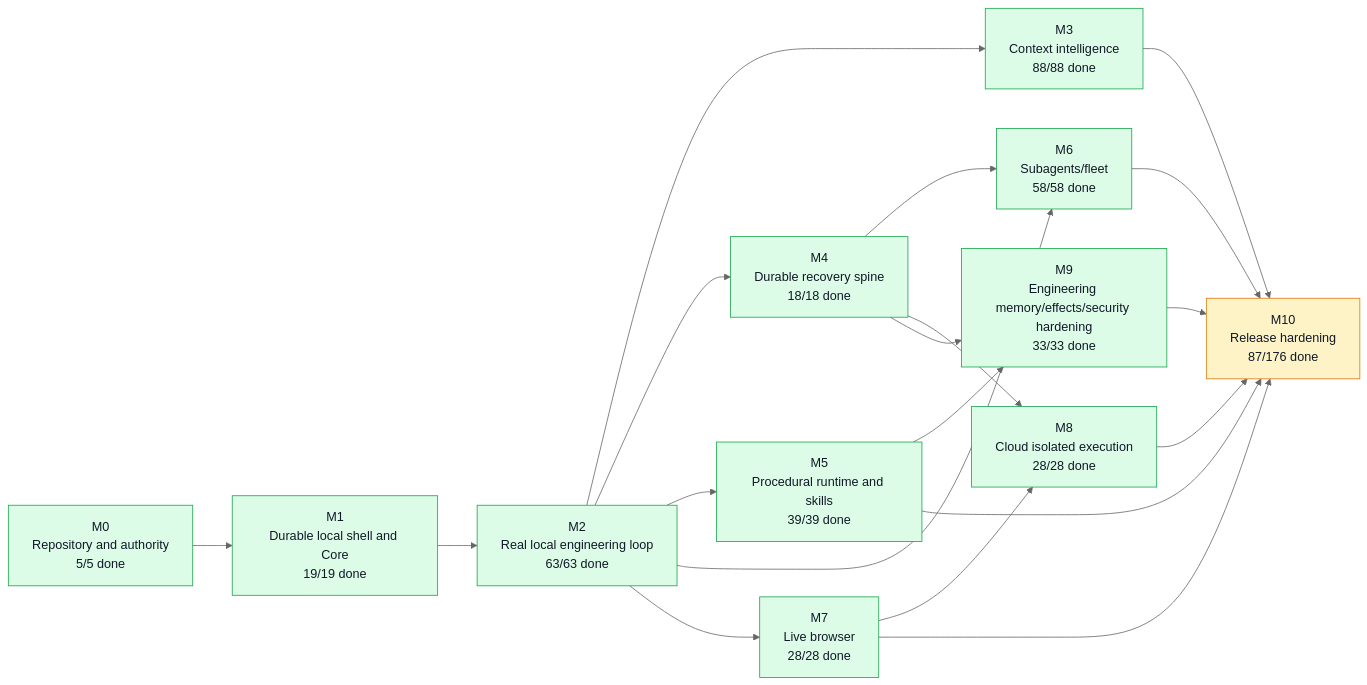
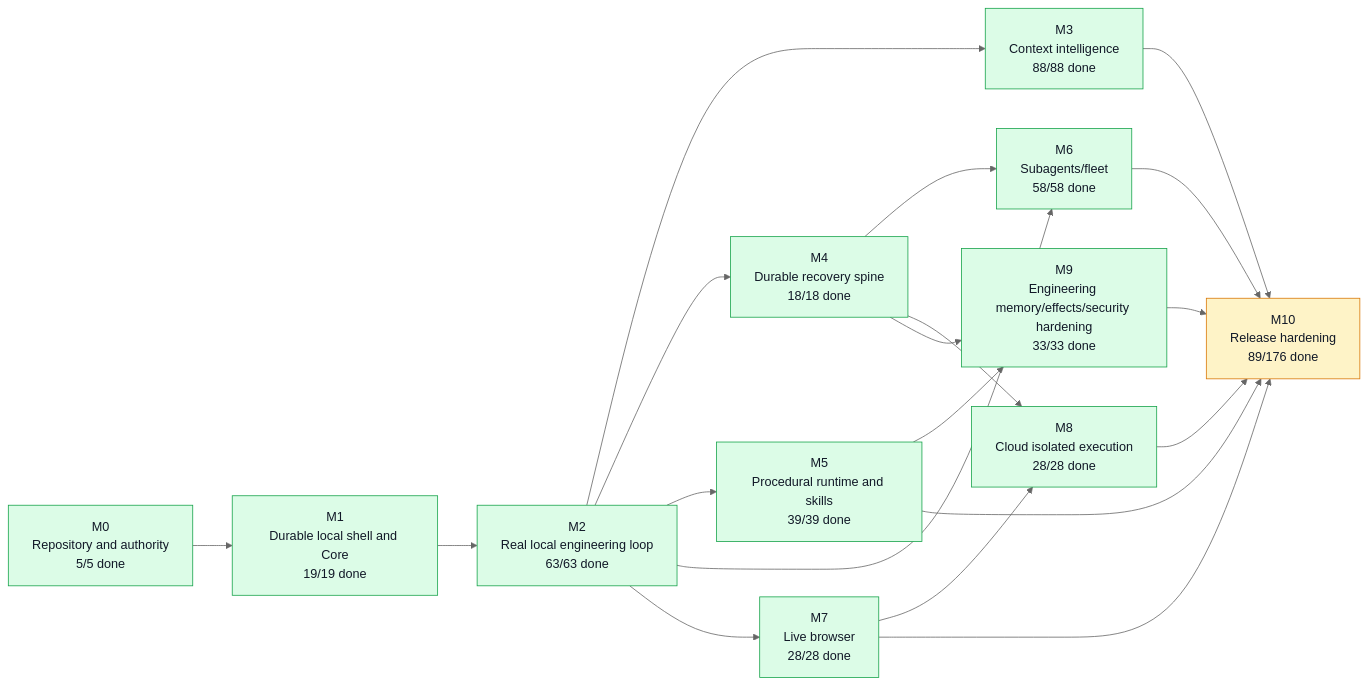
The first of 5 diagrams in graph/PROJECT_GRAPH.md (moss101/modbit), drawn with Mermaid (neutral theme) before and after one commit. The commit also changed other lines of this file and 7 other files, not shown here.

````diff
--- a/graph/PROJECT_GRAPH.md
+++ b/graph/PROJECT_GRAPH.md
@@ -57,43 +57,43 @@
 ```mermaid
 flowchart LR
   M0["M0<br/>Repository and authority<br/>5/5 done"]
   M1["M1<br/>Durable local shell and Core<br/>19/19 done"]
   M2["M2<br/>Real local engineering loop<br/>63/63 done"]
   M3["M3<br/>Context intelligence<br/>88/88 done"]
   M4["M4<br/>Durable recovery spine<br/>18/18 done"]
   M5["M5<br/>Procedural runtime and skills<br/>39/39 done"]
   M6["M6<br/>Subagents/fleet<br/>58/58 done"]
   M7["M7<br/>Live browser<br/>28/28 done"]
   M8["M8<br/>Cloud isolated execution<br/>28/28 done"]
   M9["M9<br/>Engineering memory/effects/security hardening<br/>33/33 done"]
-  M10["M10<br/>Release hardening<br/>87/176 done"]
+  M10["M10<br/>Release hardening<br/>89/176 done"]
   M0 --> M1
   M1 --> M2
   M2 --> M3
   M2 --> M4
   M2 --> M5
   M2 --> M6
   M4 --> M6
   M2 --> M7
   M4 --> M8
   M7 --> M8
   M4 --> M9
   M5 --> M9
   M3 --> M10
   M5 --> M10
   M6 --> M10
   M7 --> M10
   M8 --> M10
   M9 --> M10
   style M0 fill:#dcfce7,stroke:#16a34a,color:#111827
   style M1 fill:#dcfce7,stroke:#16a34a,color:#111827
   style M2 fill:#dcfce7,stroke:#16a34a,color:#111827
   style M3 fill:#dcfce7,stroke:#16a34a,color:#111827
   style M4 fill:#dcfce7,stroke:#16a34a,color:#111827
   style M5 fill:#dcfce7,stroke:#16a34a,color:#111827
   style M6 fill:#dcfce7,stroke:#16a34a,color:#111827
   style M7 fill:#dcfce7,stroke:#16a34a,color:#111827
   style M8 fill:#dcfce7,stroke:#16a34a,color:#111827
   style M9 fill:#dcfce7,stroke:#16a34a,color:#111827
   style M10 fill:#fef3c7,stroke:#d97706,color:#111827
 ```
````
